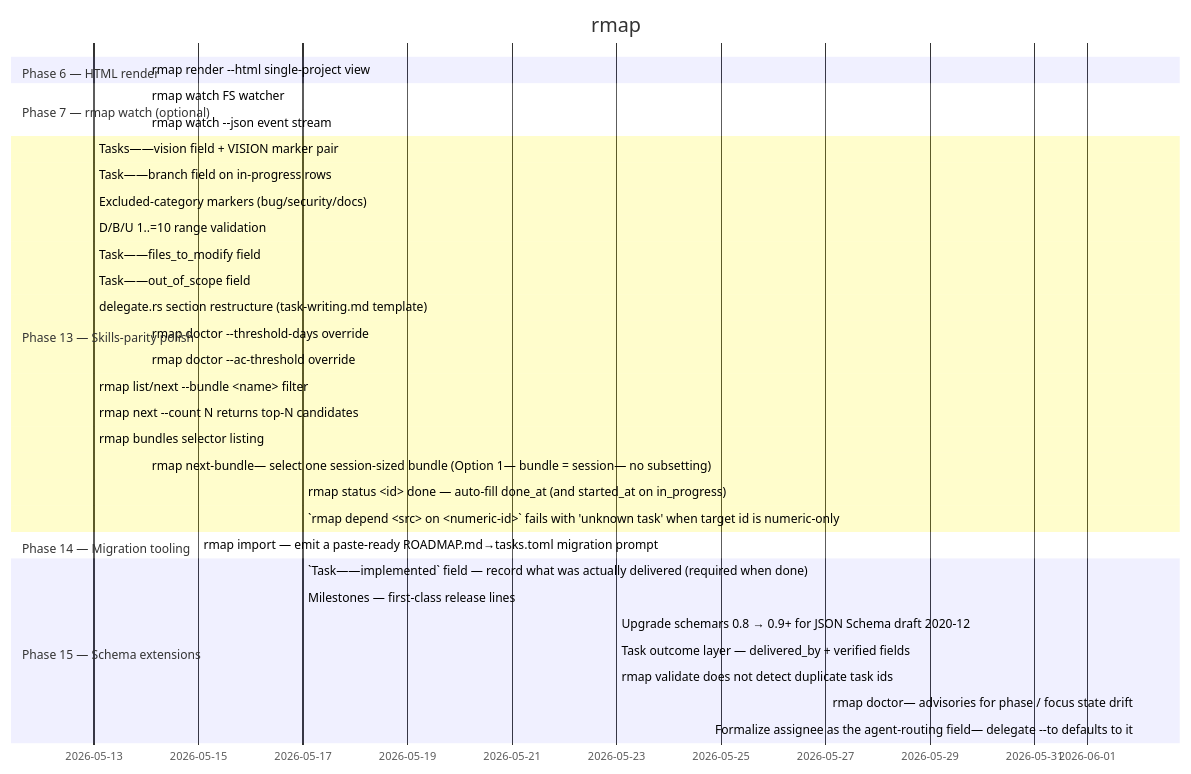
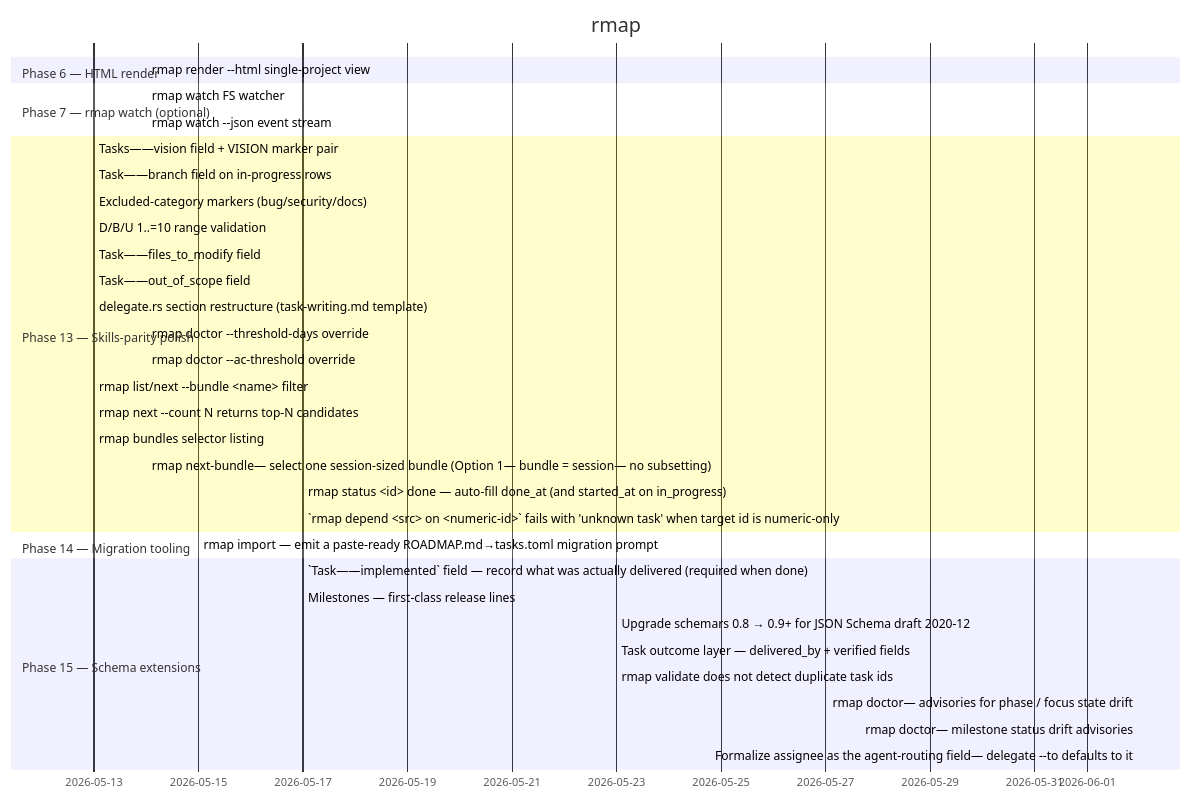
Before and after one commit to ZenHive/rmap: the diagram in ROADMAP.md, drawn with Mermaid. The commit also changed other lines of this file and 2 other files, not shown here.

Commit message:
roadmap: Task 32 done --verified --shipped-in 5781367 (doctor milestone-drift advisories); reset orphaned tasks 9/32 in_progress->pending

````diff
--- a/ROADMAP.md
+++ b/ROADMAP.md
@@ -14,36 +14,37 @@
 ```mermaid
 gantt
     title rmap
     dateFormat YYYY-MM-DD
     section Phase 6 — HTML render
     rmap render --html single-project view :done, 2026-05-14, 2026-05-14
     section Phase 7 — rmap watch (optional)
     rmap watch FS watcher :done, 2026-05-14, 2026-05-14
     rmap watch --json event stream :done, 2026-05-14, 2026-05-14
     section Phase 13 — Skills-parity polish
     Tasks——vision field + VISION marker pair :done, 2026-05-13, 2026-05-13
     Task——branch field on in-progress rows :done, 2026-05-13, 2026-05-13
     Excluded-category markers (bug/security/docs) :done, 2026-05-13, 2026-05-13
     D/B/U 1..=10 range validation :done, 2026-05-13, 2026-05-13
     Task——files_to_modify field :done, 2026-05-13, 2026-05-13
     Task——out_of_scope field :done, 2026-05-13, 2026-05-13
     delegate.rs section restructure (task-writing.md template) :done, 2026-05-13, 2026-05-13
     rmap doctor --threshold-days override :done, 2026-05-14, 2026-05-14
     rmap doctor --ac-threshold override :done, 2026-05-14, 2026-05-14
     rmap list/next --bundle <name> filter :done, 2026-05-13, 2026-05-13
     rmap next --count N returns top-N candidates :done, 2026-05-13, 2026-05-13
     rmap bundles selector listing :done, 2026-05-13, 2026-05-13
     rmap next-bundle— select one session-sized bundle (Option 1— bundle = session— no subsetting) :done, 2026-05-14, 2026-05-14
     rmap status <id> done — auto-fill done_at (and started_at on in_progress) :done, 2026-05-17, 2026-05-17
     `rmap depend <src> on <numeric-id>` fails with 'unknown task' when target id is numeric-only :done, 2026-05-17, 2026-05-17
     section Phase 14 — Migration tooling
     rmap import — emit a paste-ready ROADMAP.md→tasks.toml migration prompt :done, 2026-05-15, 2026-05-15
     section Phase 15 — Schema extensions
     `Task——implemented` field — record what was actually delivered (required when done) :done, 2026-05-17, 2026-05-17
     Milestones — first-class release lines :done, 2026-05-17, 2026-05-17
     Upgrade schemars 0.8 → 0.9+ for JSON Schema draft 2020-12 :done, 2026-05-23, 2026-05-23
     Task outcome layer — delivered_by + verified fields :done, 2026-05-23, 2026-05-23
     rmap validate does not detect duplicate task ids :done, 2026-05-23, 2026-05-23
     rmap doctor— advisories for phase / focus state drift :done, 2026-06-02, 2026-06-02
+    rmap doctor— milestone status drift advisories :done, 2026-06-02, 2026-06-02
     Formalize assignee as the agent-routing field— delegate --to defaults to it :done, 2026-06-02, 2026-06-02
 ```
````
